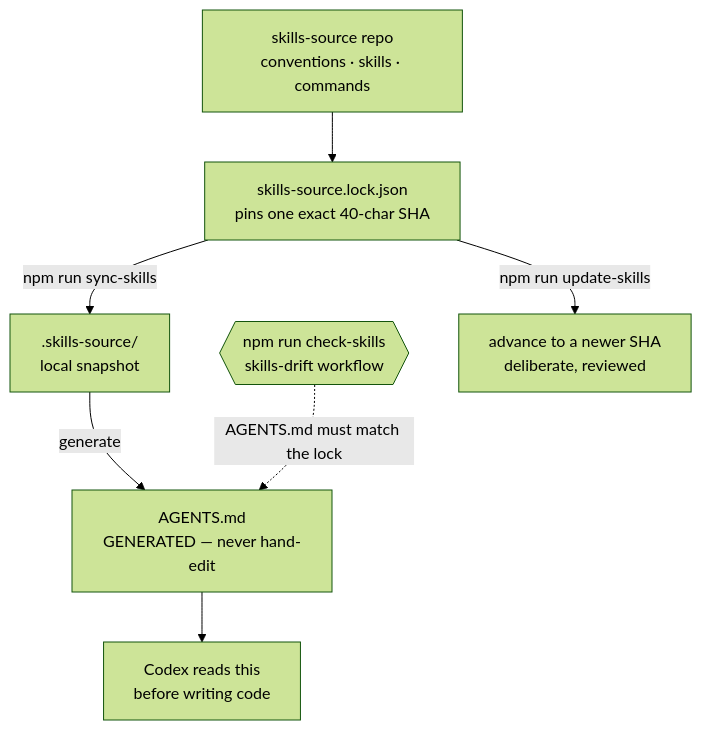
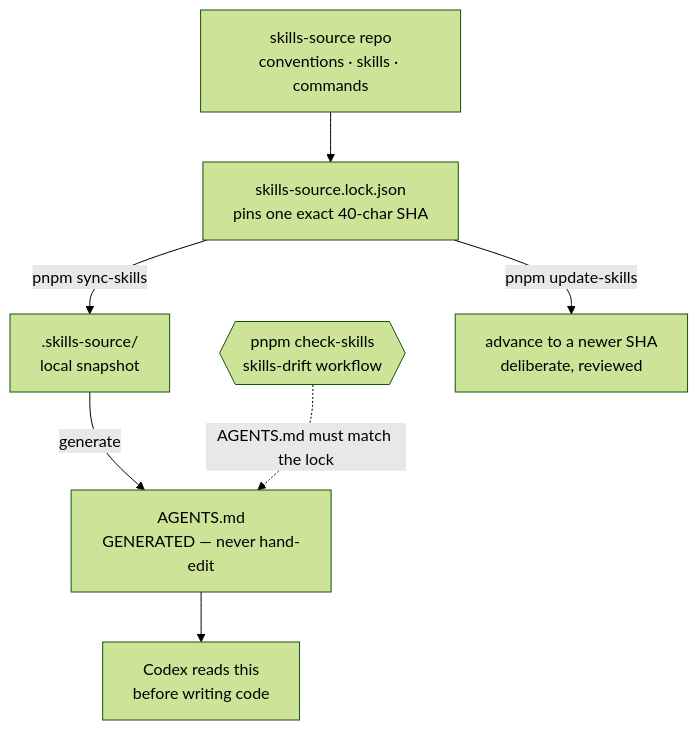
Diagram 11 of 14 in docs/how-app-boilerplate-works.md (jade-kenneth/ai-media-creator), drawn with Mermaid (forest theme) before and after one commit. The commit also changed other lines of this file and 52 other files, not shown here.

````diff
--- a/docs/how-app-boilerplate-works.md
+++ b/docs/how-app-boilerplate-works.md
@@ -436,16 +436,16 @@
 ```mermaid
 flowchart TD
   SRC["skills-source repo<br/>conventions · skills · commands"]
   LOCK["skills-source.lock.json<br/>pins one exact 40-char SHA"]
   SNAP[".skills-source/<br/>local snapshot"]
   AG["AGENTS.md<br/>GENERATED — never hand-edit"]
 
   SRC --> LOCK
-  LOCK -->|"npm run sync-skills"| SNAP
+  LOCK -->|"pnpm sync-skills"| SNAP
   SNAP -->|"generate"| AG
   AG --> CODEX["Codex reads this<br/>before writing code"]
 
-  CHECK{{"npm run check-skills<br/>skills-drift workflow"}} -.->|"AGENTS.md must match the lock"| AG
+  CHECK{{"pnpm check-skills<br/>skills-drift workflow"}} -.->|"AGENTS.md must match the lock"| AG
 
-  LOCK -->|"npm run update-skills"| NEW["advance to a newer SHA<br/>deliberate, reviewed"]
+  LOCK -->|"pnpm update-skills"| NEW["advance to a newer SHA<br/>deliberate, reviewed"]
 ```
````
